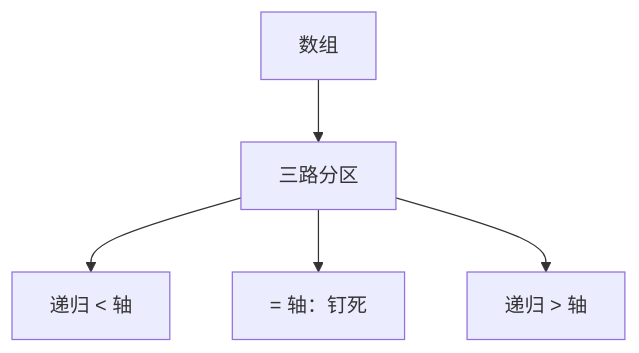
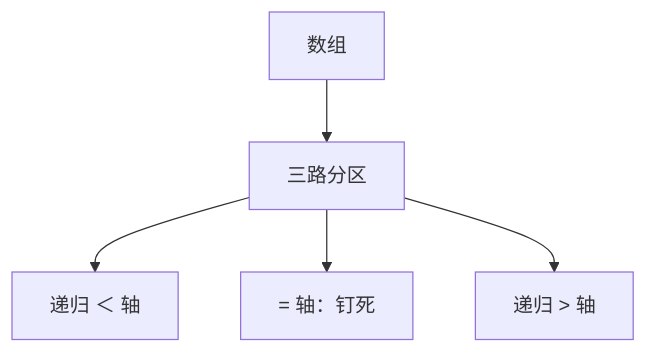
One commit to xhongduo-tech/xhongduo-tech.github.io changed the diagram in docs/cs/quicksort-3way.md. Above: the diagram before and after it, drawn with Mermaid. The commit also changed other lines of this file and 772 other files, not shown here.

````diff
--- a/docs/cs/quicksort-3way.md
+++ b/docs/cs/quicksort-3way.md
@@ -32,7 +32,7 @@
 ```mermaid
 flowchart TD
   A["数组"] --> P3["三路分区"]
-  P3 --> LT["递归 < 轴"]
+  P3 --> LT["递归 ＜ 轴"]
   P3 --> EQ["= 轴：钉死"]
   P3 --> GT["递归 > 轴"]
 ```
````
